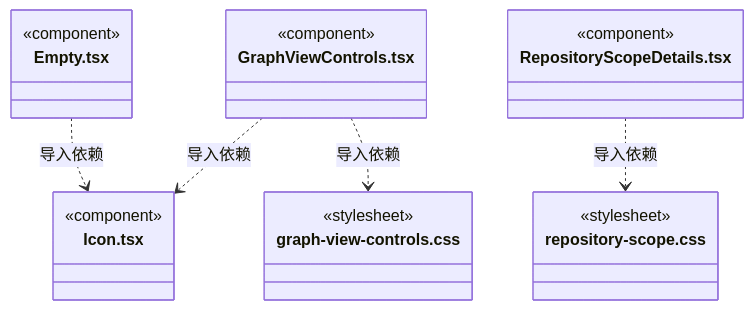
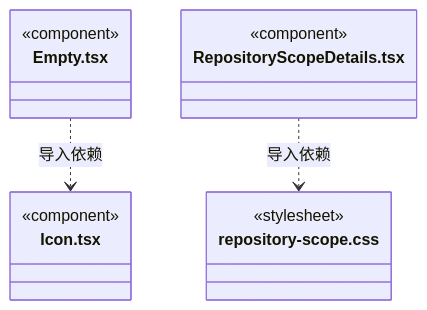
One commit to nan023062/cbim changed the ninth of 9 diagrams in src/frontend/components/ARCHITECTURE.md. Above: the diagram before and after it, drawn with Mermaid. The commit also changed other lines of this file and 130 other files, not shown here.

````diff
--- a/src/frontend/components/ARCHITECTURE.md
+++ b/src/frontend/components/ARCHITECTURE.md
@@ -136,25 +113,17 @@
 ```mermaid
 classDiagram
 class N_src_frontend_components_Empty_tsx["Empty.tsx"] {
   <<component>>
 }
 class N_src_frontend_components_Icon_tsx["Icon.tsx"] {
   <<component>>
 }
-class N_src_frontend_components_GraphViewControls_tsx["GraphViewControls.tsx"] {
-  <<component>>
-}
-class N_src_frontend_components_graph_view_controls_css["graph-view-controls.css"] {
-  <<stylesheet>>
-}
 class N_src_frontend_components_RepositoryScopeDetails_tsx["RepositoryScopeDetails.tsx"] {
   <<component>>
 }
 class N_src_frontend_components_repository_scope_css["repository-scope.css"] {
   <<stylesheet>>
 }
 N_src_frontend_components_Empty_tsx ..> N_src_frontend_components_Icon_tsx : 导入依赖
-N_src_frontend_components_GraphViewControls_tsx ..> N_src_frontend_components_Icon_tsx : 导入依赖
-N_src_frontend_components_GraphViewControls_tsx ..> N_src_frontend_components_graph_view_controls_css : 导入依赖
 N_src_frontend_components_RepositoryScopeDetails_tsx ..> N_src_frontend_components_repository_scope_css : 导入依赖
 ```
````
